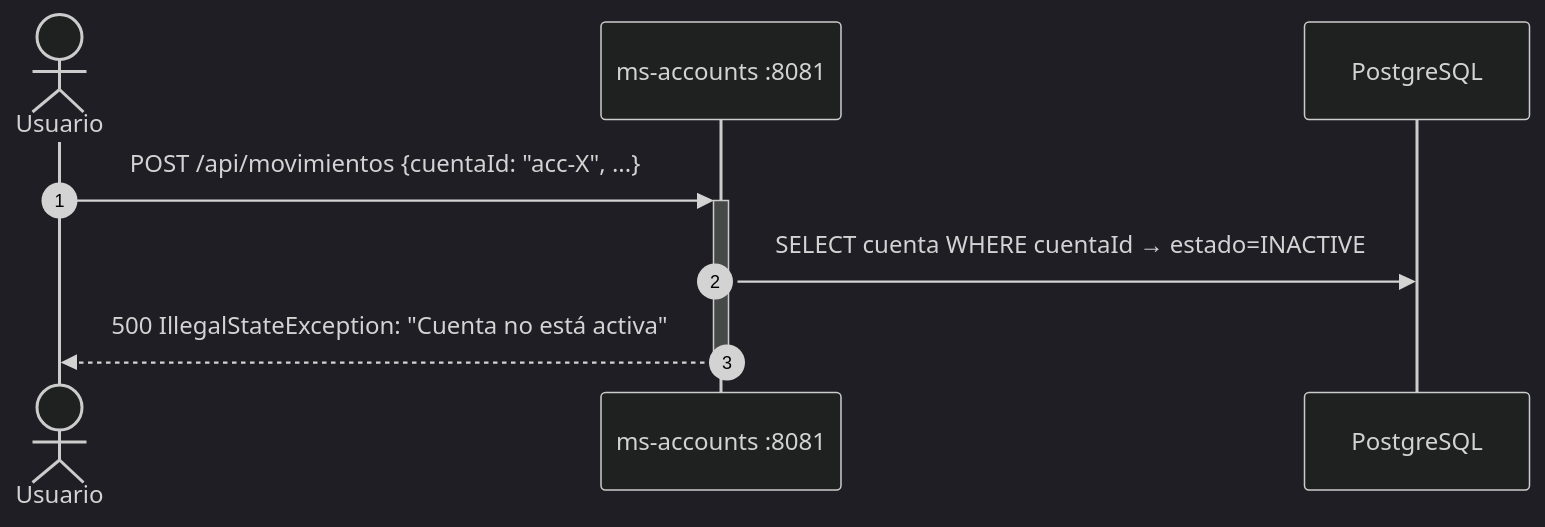
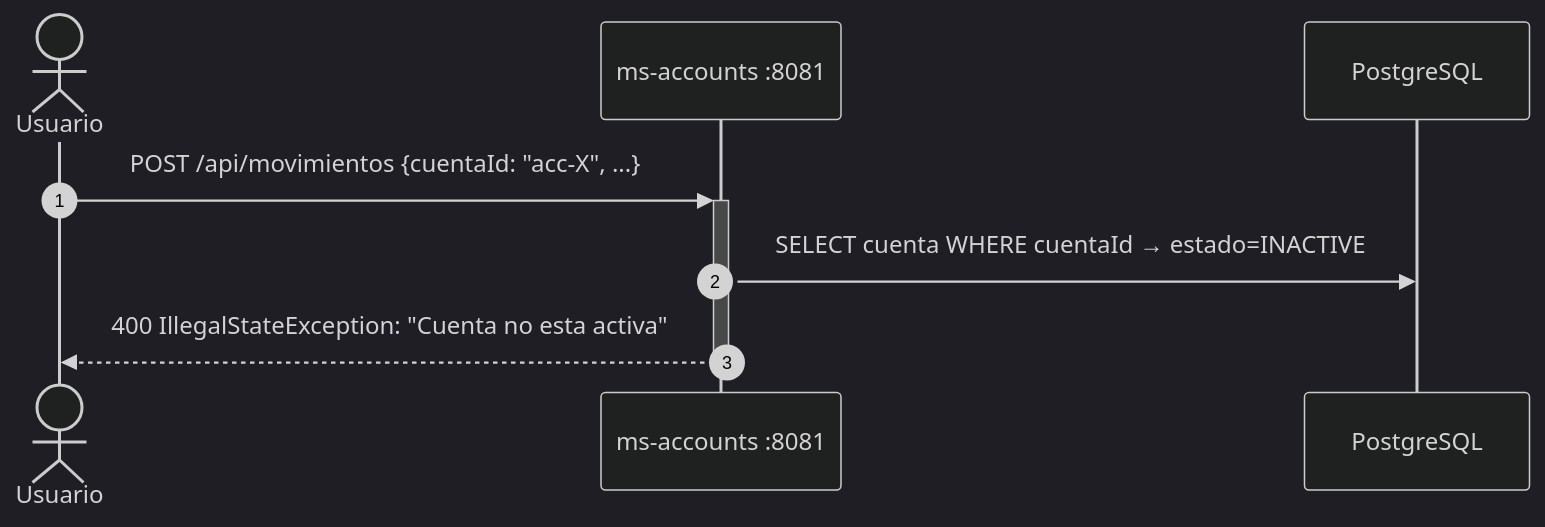
The sixth of 8 diagrams in docs/sequence-kafka-flow.md (ZevaGuillo/prueba-tecnica), drawn with Mermaid (dark theme) before and after one commit. The commit also changed other lines of this file and 4 other files, not shown here.

Commit message:
docs: update README and diagrams to reflect Outbox Pattern and Read Model implementation in ms-accounts

````diff
--- a/docs/sequence-kafka-flow.md
+++ b/docs/sequence-kafka-flow.md
@@ -84,11 +176,11 @@
 ```mermaid
 sequenceDiagram
   autonumber
   actor User as Usuario
   participant msA as ms-accounts :8081
   participant PG  as PostgreSQL
 
   User ->>+ msA: POST /api/movimientos {cuentaId: "acc-X", ...}
   msA  ->>  PG:  SELECT cuenta WHERE cuentaId → estado=INACTIVE
-  msA  -->>- User: 500 IllegalStateException: "Cuenta no está activa"
+  msA  -->>- User: 400 IllegalStateException: "Cuenta no esta activa"
 ```
````
